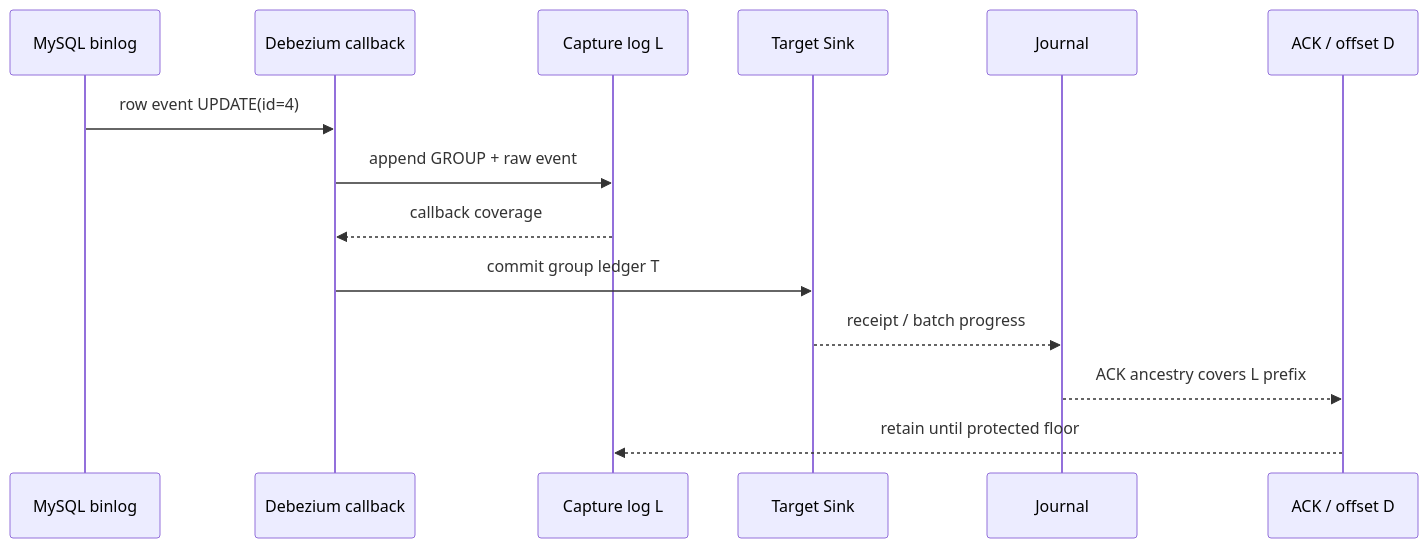
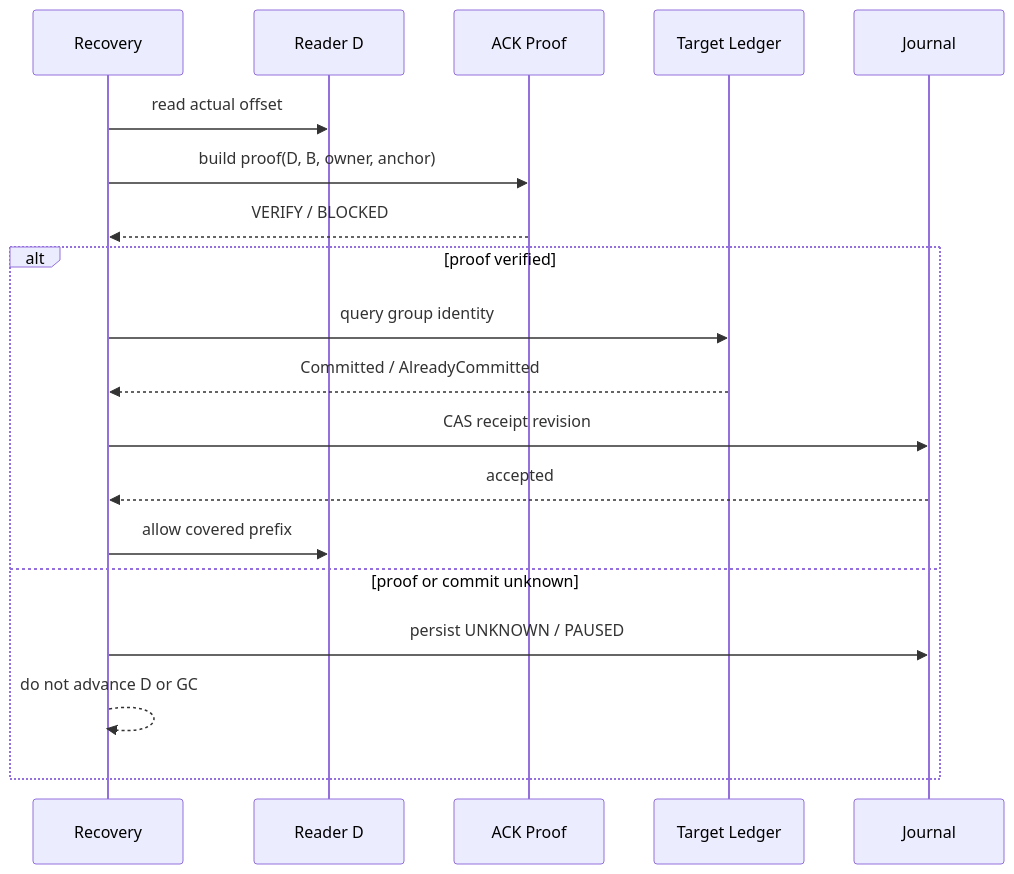
The third of 3 diagrams in _posts/pekko/2026-10-18-pekko-cdc-3-mysql-journal-experiment.md (Xuxiaotuan/Xuxiaotuan.github.io), drawn with Mermaid before and after one commit. The commit also changed other lines of this file and 2 other files, not shown here.

Commit message:
docs(pekko-cdc): reorder reading path around update and recovery

````diff
--- a/_posts/pekko/2026-10-18-pekko-cdc-3-mysql-journal-experiment.md
+++ b/_posts/pekko/2026-10-18-pekko-cdc-3-mysql-journal-experiment.md
@@ -42,16 +255,21 @@
 ```mermaid
 sequenceDiagram
-    participant M as MySQL binlog
-    participant R as Debezium callback
-    participant L as Capture log L
-    participant S as Target Sink
+    participant R as Recovery
+    participant D as Reader D
+    participant P as ACK Proof
+    participant T as Target Ledger
     participant J as Journal
-    participant D as ACK / offset D
-    M->>R: row event UPDATE(id=4)
-    R->>L: append GROUP + raw event
-    L-->>R: callback coverage
-    R->>S: commit group ledger T
-    S-->>J: receipt / batch progress
-    J-->>D: ACK ancestry covers L prefix
-    D-->>L: retain until protected floor
+    R->>D: read actual offset
+    R->>P: build proof(D, B, owner, anchor)
+    P-->>R: VERIFY / BLOCKED
+    alt proof verified
+        R->>T: query group identity
+        T-->>R: Committed / AlreadyCommitted
+        R->>J: CAS receipt revision
+        J-->>R: accepted
+        R->>D: allow covered prefix
+    else proof or commit unknown
+        R->>J: persist UNKNOWN / PAUSED
+        R-->>R: do not advance D or GC
+    end
 ```
````
